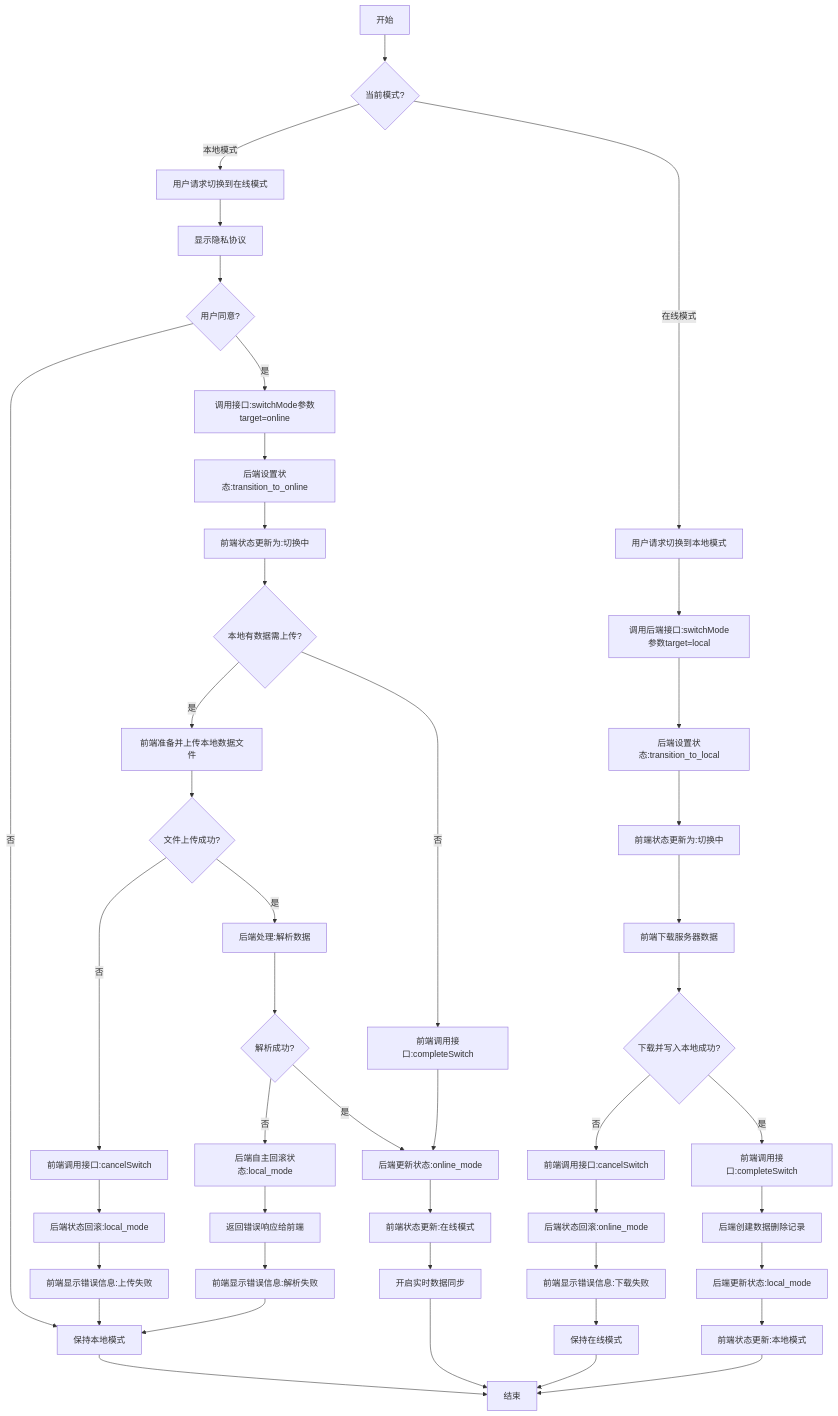
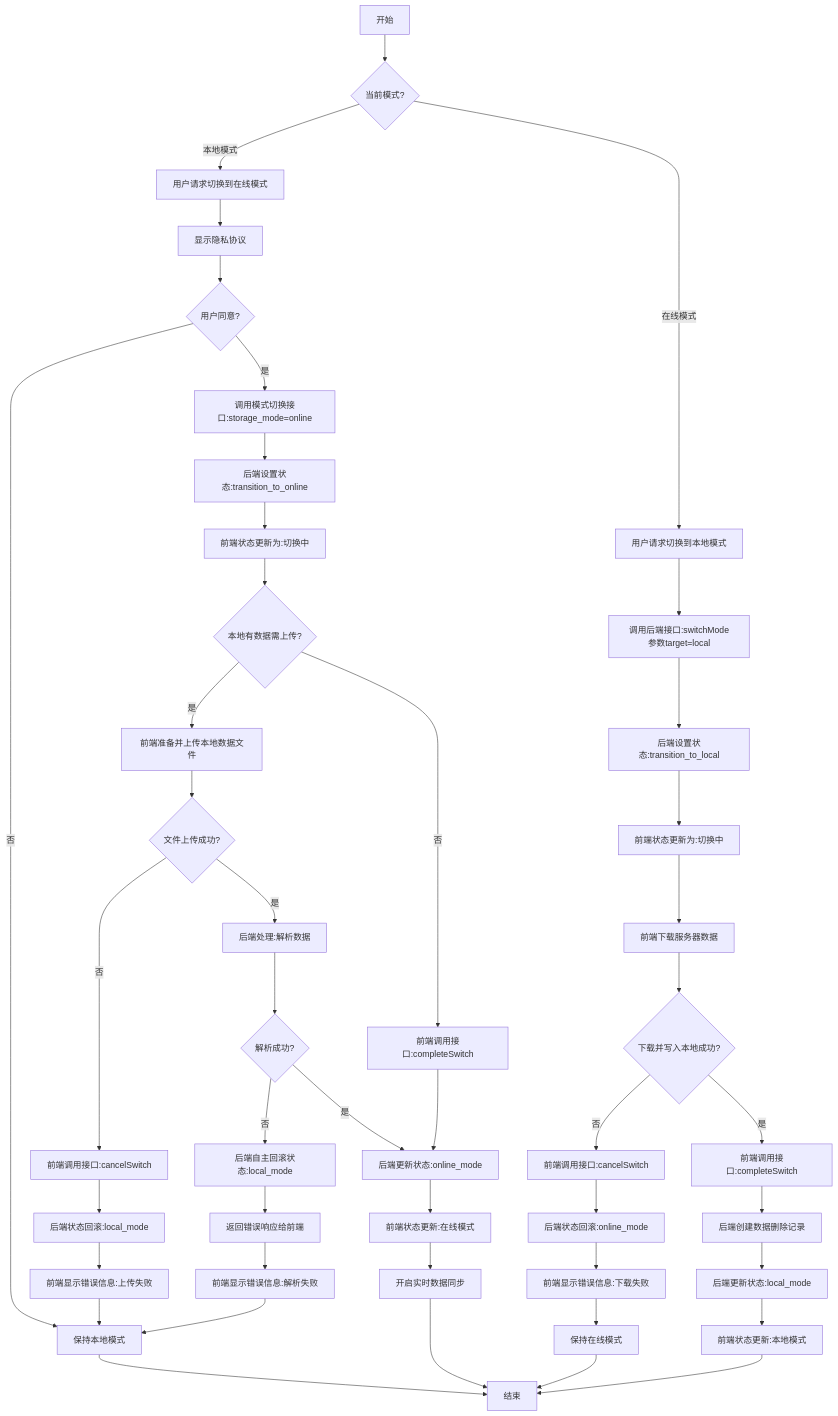
Before and after one commit to yingjianzh/iodraw-files: the diagram in all/未命名-58.md, drawn with Mermaid.

Commit message:
2025-05-14 10:42:51 update

````diff
--- a/all/未命名-58.md
+++ b/all/未命名-58.md
@@ -1,68 +1,68 @@
 ```mermaid
 flowchart TD
     A[开始] --> B{当前模式?}
     
     %% 本地模式转在线模式
     B -->|本地模式| C[用户请求切换到在线模式]
     C --> D[显示隐私协议]
     D --> E{用户同意?}
 
     E -->|否| F[保持本地模式]
     F --> Z[结束]
     
-    E -->|是| G[调用接口:switchMode参数target=online]
+    E -->|是| G[调用模式切换接口:storage_mode=online]
     G --> H[后端设置状态:transition_to_online]
     H --> I[前端状态更新为:切换中]
     
     I --> J{本地有数据需上传?}
     
     %% 有本地数据需上传的情况
     J -->|是| K[前端准备并上传本地数据文件]
     K --> L{文件上传成功?}
     
     %% 上传失败的情况
     L -->|否| M[前端调用接口:cancelSwitch]
     M --> N[后端状态回滚:local_mode]
     N --> O[前端显示错误信息:上传失败]
     O --> F
     
     %% 上传成功但解析失败的情况
     L -->|是| P[后端处理:解析数据]
     P --> Q{解析成功?}
     Q -->|否| R[后端自主回滚状态:local_mode]
     R --> S[返回错误响应给前端]
     S --> T[前端显示错误信息:解析失败]
     T --> F
     
     %% 全部成功的情况
     Q -->|是| U[后端更新状态:online_mode]
     J -->|否| V[前端调用接口:completeSwitch]
     V --> U
     
     U --> W[前端状态更新:在线模式]
     W --> X[开启实时数据同步]
     X --> Z
     
     %% 在线模式转本地模式
     B -->|在线模式| AA[用户请求切换到本地模式]
     AA --> AB[调用后端接口:switchMode参数target=local]
     AB --> AC[后端设置状态:transition_to_local]
     AC --> AD[前端状态更新为:切换中]
     
     AD --> AE[前端下载服务器数据]
     AE --> AF{下载并写入本地成功?}
     
     %% 下载失败的情况
     AF -->|否| AG[前端调用接口:cancelSwitch]
     AG --> AH[后端状态回滚:online_mode]
     AH --> AI[前端显示错误信息:下载失败]
     AI --> AJ[保持在线模式]
     AJ --> Z
     
     %% 下载成功的情况
     AF -->|是| AK[前端调用接口:completeSwitch]
     AK --> AL[后端创建数据删除记录]
     AL --> AM[后端更新状态:local_mode]
     AM --> AN[前端状态更新:本地模式]
     AN --> Z
 ```
````
